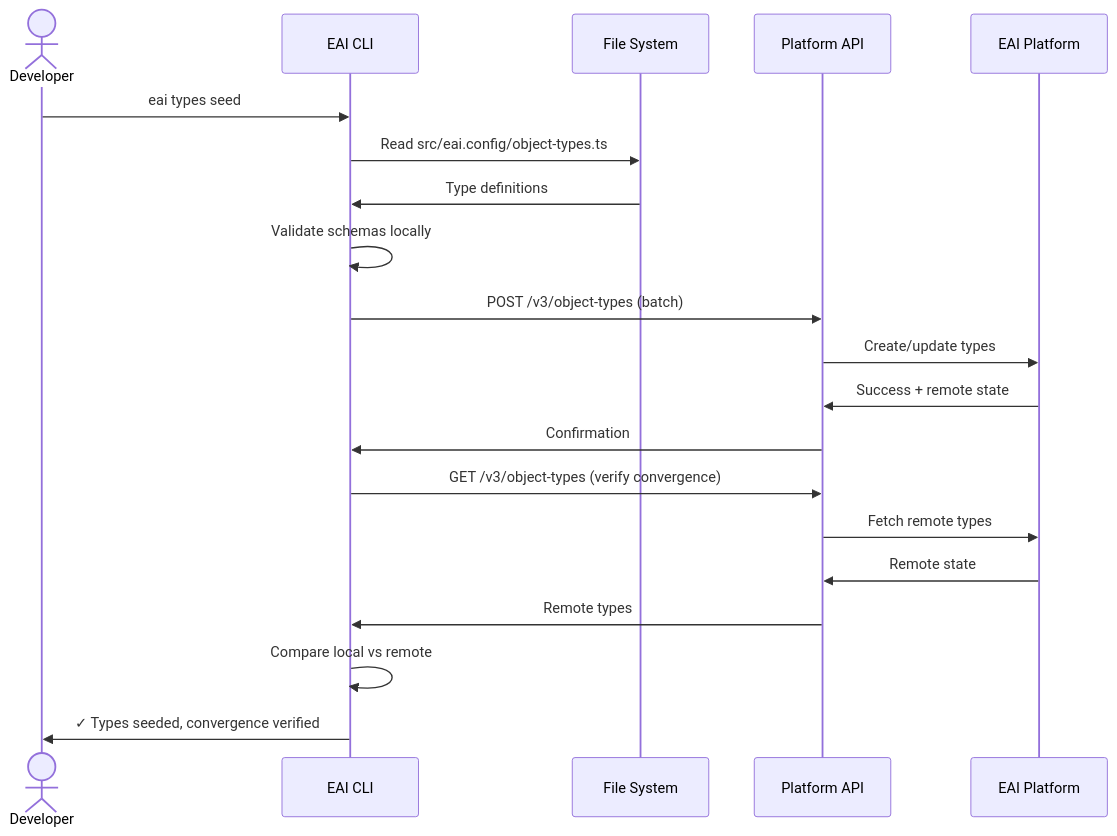
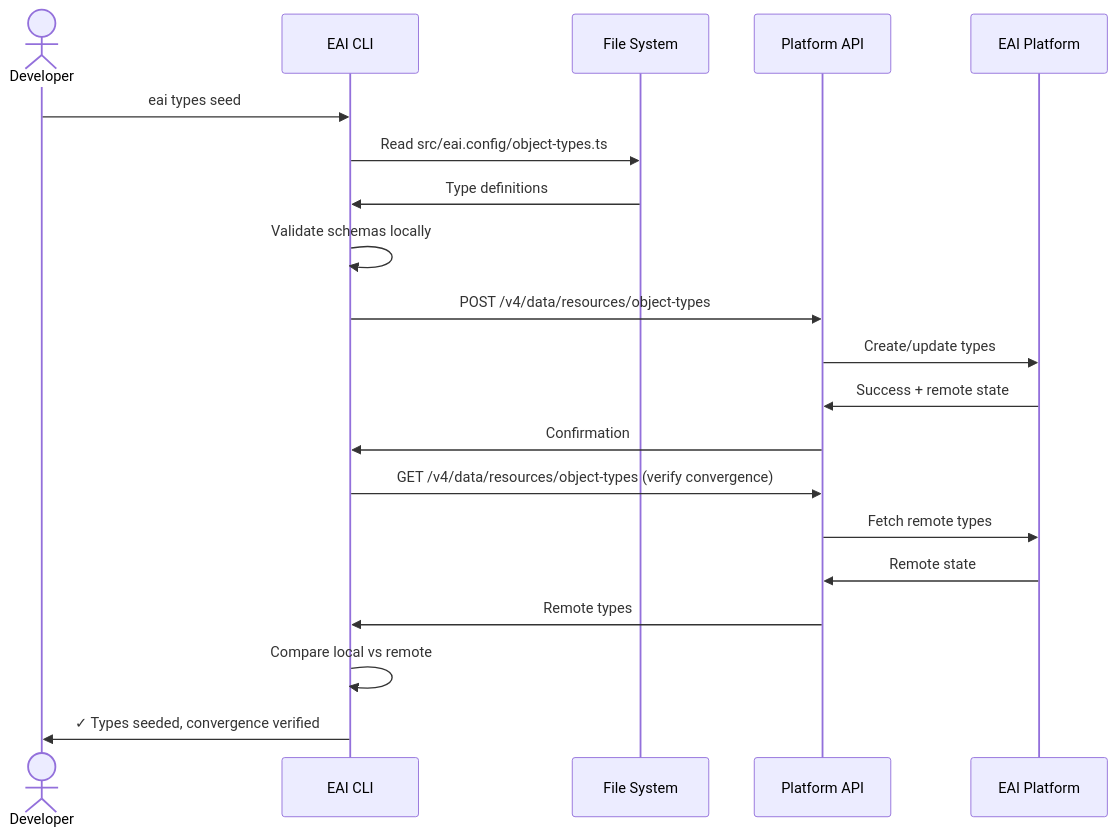
The fourth of 5 diagrams in .tech-docs/architecture.md (eai-support/eai), drawn with Mermaid before and after one commit. The commit also changed other lines of this file and 8 other files, not shown here.

````diff
--- a/.tech-docs/architecture.md
+++ b/.tech-docs/architecture.md
@@ -263,23 +263,23 @@
 ```mermaid
 sequenceDiagram
     actor Dev as Developer
     participant CLI as EAI CLI
     participant FS as File System
     participant API as Platform API
     participant Platform as EAI Platform
     
     Dev->>CLI: eai types seed
     CLI->>FS: Read src/eai.config/object-types.ts
     FS->>CLI: Type definitions
     CLI->>CLI: Validate schemas locally
-    CLI->>API: POST /v3/object-types (batch)
+    CLI->>API: POST /v4/data/resources/object-types
     API->>Platform: Create/update types
     Platform->>API: Success + remote state
     API->>CLI: Confirmation
-    CLI->>API: GET /v3/object-types (verify convergence)
+    CLI->>API: GET /v4/data/resources/object-types (verify convergence)
     API->>Platform: Fetch remote types
     Platform->>API: Remote state
     API->>CLI: Remote types
     CLI->>CLI: Compare local vs remote
     CLI->>Dev: ✓ Types seeded, convergence verified
 ```
````
